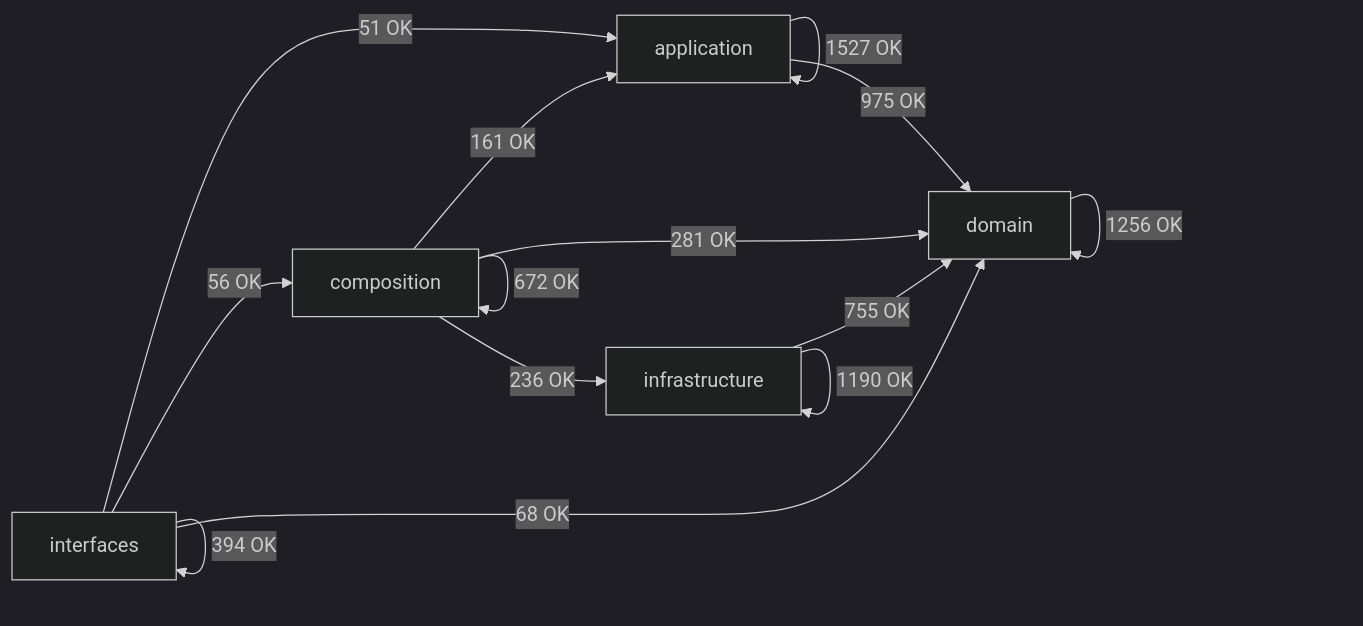
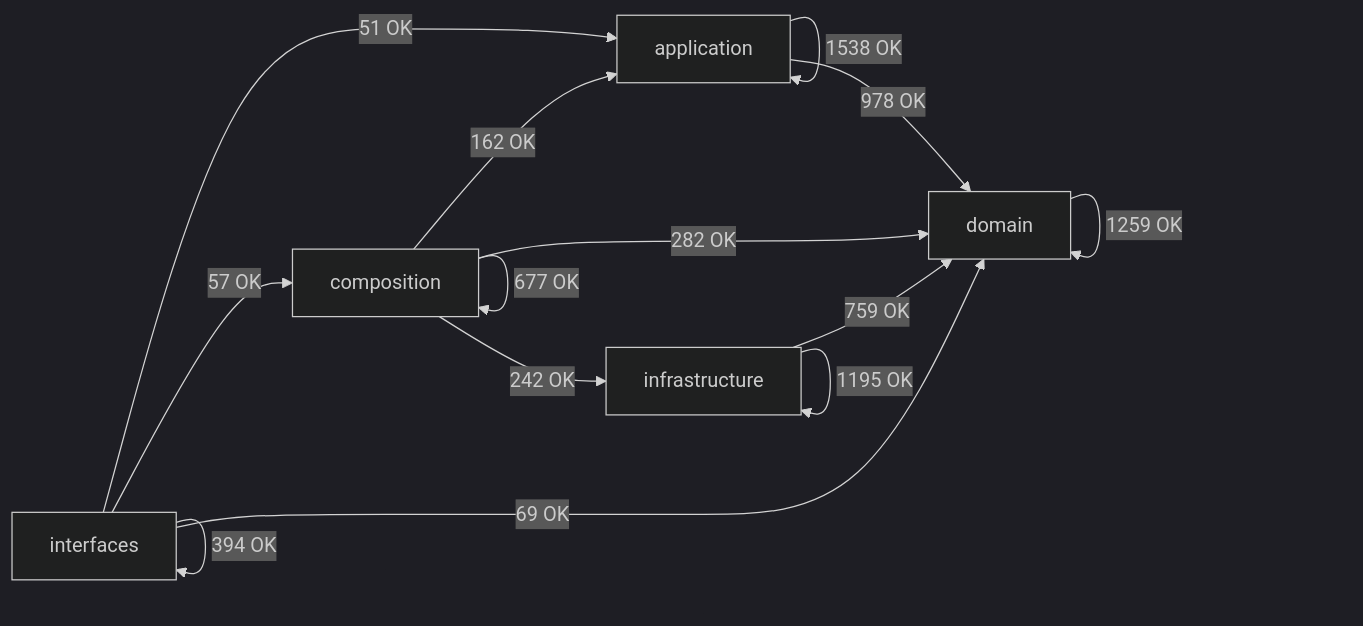
One commit to SatoryKono/BioactivityDataAcquisition changed the diagram in docs/02-architecture/generated/module-dependency-map.md. Above: the diagram before and after it, drawn with Mermaid (dark theme). The commit also changed other lines of this file and 2 other files, not shown here.

First line of the commit message:
docs(architecture): refresh scanner census after live dependency-map regen

````diff
--- a/docs/02-architecture/generated/module-dependency-map.md
+++ b/docs/02-architecture/generated/module-dependency-map.md
@@ -17,21 +17,21 @@
 ```mermaid
 flowchart LR
     domain[domain]
     application[application]
     infrastructure[infrastructure]
     composition[composition]
     interfaces[interfaces]
-    application -->|1527 OK| application
-    application -->|975 OK| domain
-    composition -->|161 OK| application
-    composition -->|672 OK| composition
-    composition -->|281 OK| domain
-    composition -->|236 OK| infrastructure
-    domain -->|1256 OK| domain
-    infrastructure -->|755 OK| domain
-    infrastructure -->|1190 OK| infrastructure
+    application -->|1538 OK| application
+    application -->|978 OK| domain
+    composition -->|162 OK| application
+    composition -->|677 OK| composition
+    composition -->|282 OK| domain
+    composition -->|242 OK| infrastructure
+    domain -->|1259 OK| domain
+    infrastructure -->|759 OK| domain
+    infrastructure -->|1195 OK| infrastructure
     interfaces -->|51 OK| application
-    interfaces -->|56 OK| composition
-    interfaces -->|68 OK| domain
+    interfaces -->|57 OK| composition
+    interfaces -->|69 OK| domain
     interfaces -->|394 OK| interfaces
 ```
````
